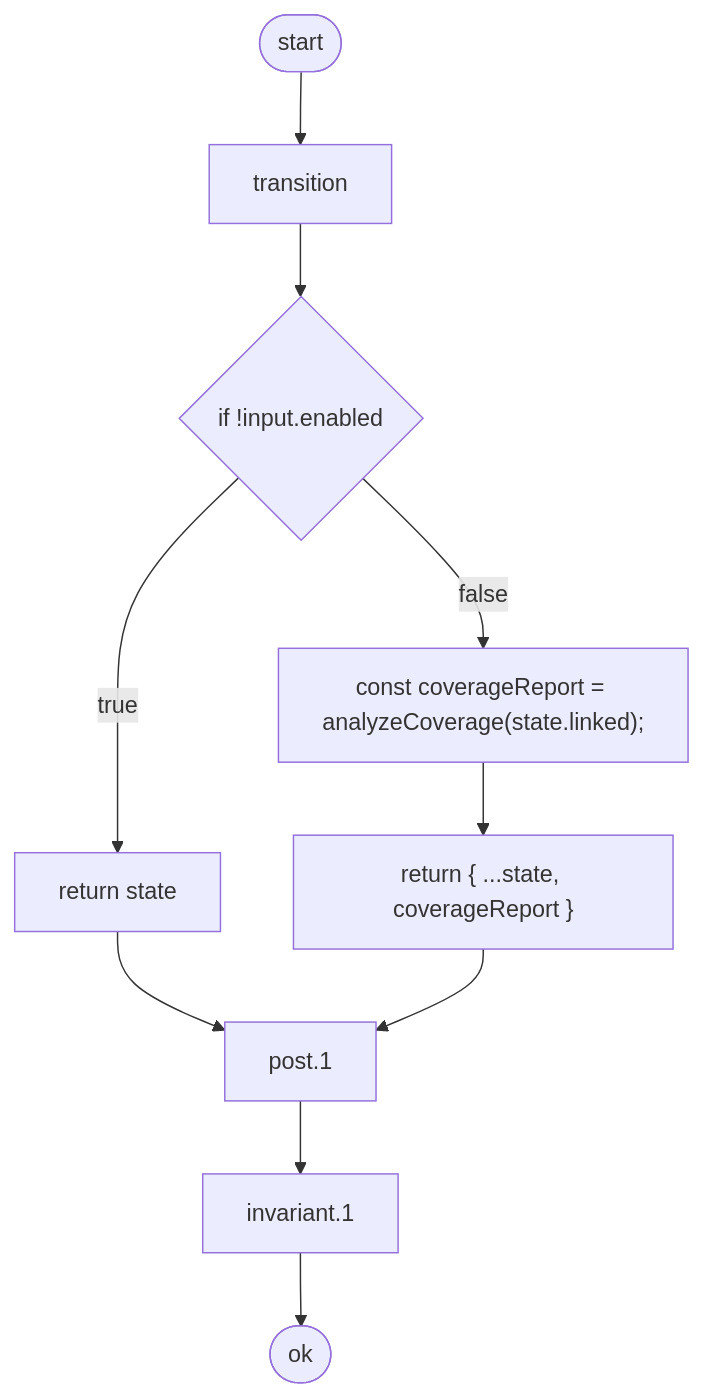
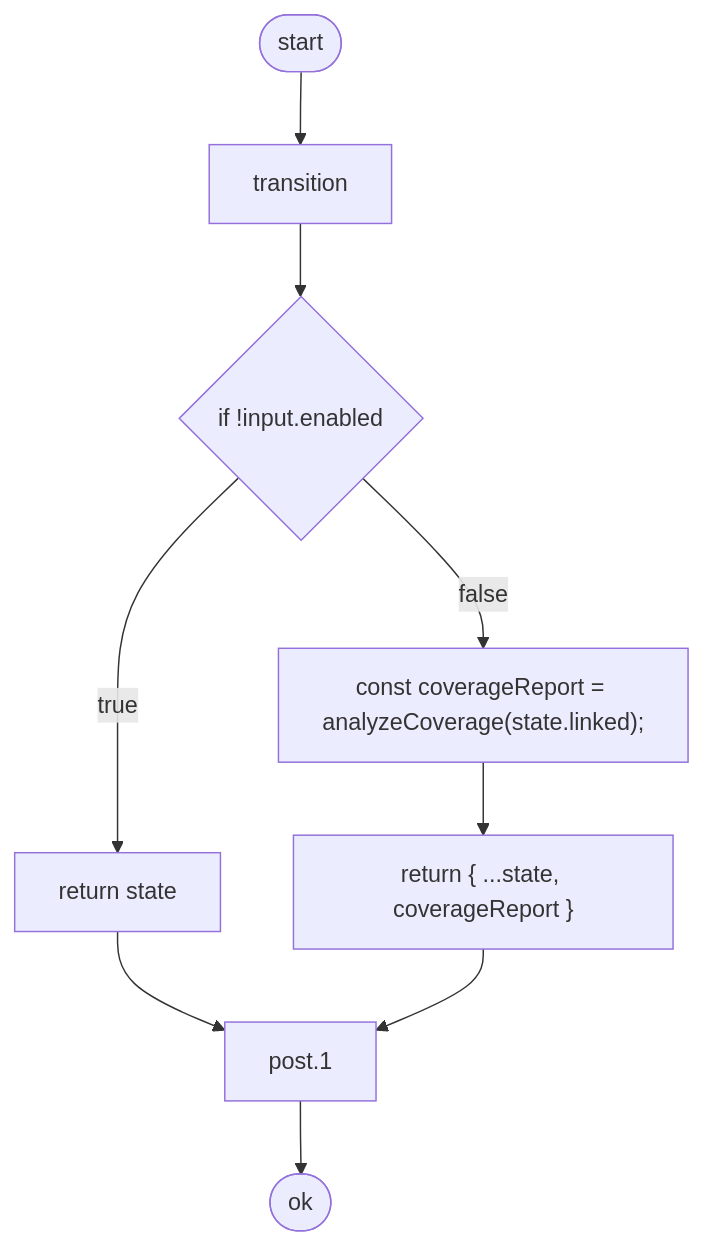
One commit to fyuuki0jp/seizu changed the fourth of 13 diagrams in packages/kata-cli/docs/contracts.md. Above: the diagram before and after it, drawn with Mermaid. The commit also changed other lines of this file and 42 other files, not shown here.

````diff
--- a/packages/kata-cli/docs/contracts.md
+++ b/packages/kata-cli/docs/contracts.md
@@ -145,21 +169,19 @@
 ```mermaid
 flowchart TD
   n1(["start"])
   n2(["ok"])
   n3["transition"]
   n4{"if !input.enabled"}
   n5["return state"]
   n6["const coverageReport = analyzeCoverage(state.linked);"]
   n7["return { ...state, coverageReport }"]
   n8["post.1"]
-  n9["invariant.1"]
   n1 --> n3
   n3 --> n4
   n4 -->|true| n5
   n4 -->|false| n6
   n5 --> n8
   n6 --> n7
   n7 --> n8
-  n8 --> n9
-  n9 --> n2
+  n8 --> n2
 ```
````
